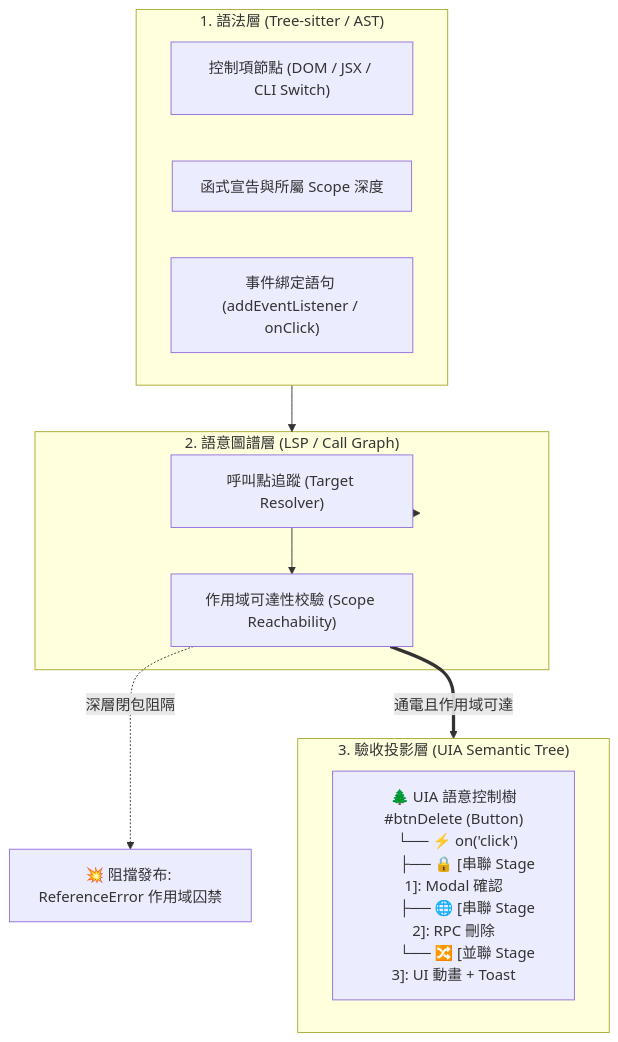
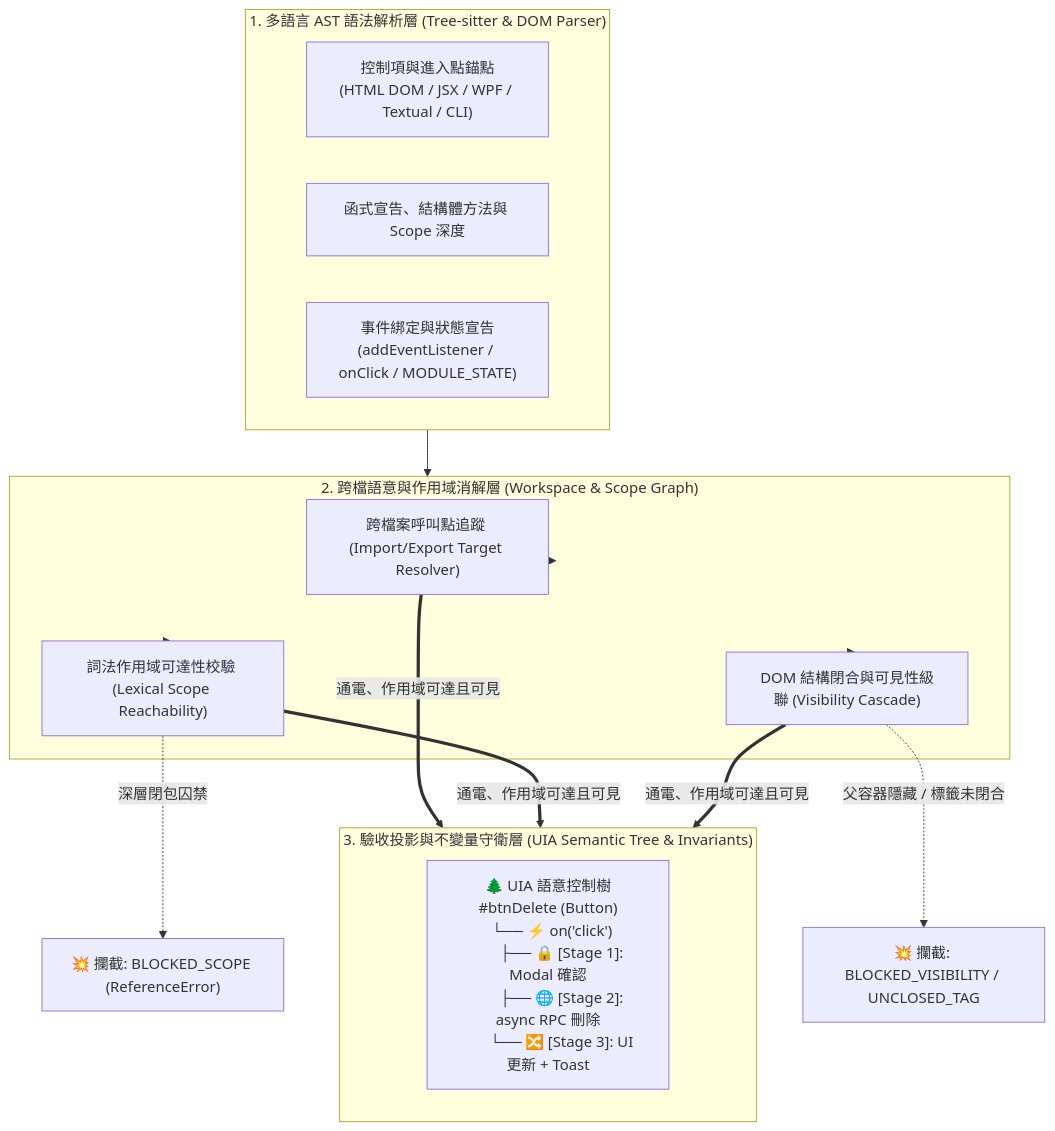
One commit to arco651749/CODE-Map changed the first of 3 diagrams in README.md. Above: the diagram before and after it, drawn with Mermaid. The commit also changed other lines of this file, not shown here.

Commit message:
docs(readme): restructure README into 6 cohesive chapters, eliminate historical redundancy, and sync full architecture

````diff
--- a/README.md
+++ b/README.md
@@ -24,23 +29,24 @@
 ```mermaid
 flowchart TD
-    subgraph S1["1. 語法層 (Tree-sitter / AST)"]
-        A_Ctrl["控制項節點 (DOM / JSX / CLI Switch)"]
-        A_Func["函式宣告與所屬 Scope 深度"]
-        A_Wire["事件綁定語句 (addEventListener / onClick)"]
+    subgraph S1["1. 多語言 AST 語法解析層 (Tree-sitter & DOM Parser)"]
+        A_Ctrl["控制項與進入點錨點<br/>(HTML DOM / JSX / WPF / Textual / CLI)"]
+        A_Func["函式宣告、結構體方法與 Scope 深度"]
+        A_Wire["事件綁定與狀態宣告<br/>(addEventListener / onClick / MODULE_STATE)"]
     end
 
-    subgraph S2["2. 語意圖譜層 (LSP / Call Graph)"]
-        CG_Trace["呼叫點追蹤 (Target Resolver)"]
-        CG_Scope["作用域可達性校驗 (Scope Reachability)"]
+    subgraph S2["2. 跨檔語意與作用域消解層 (Workspace & Scope Graph)"]
+        CG_Trace["跨檔案呼叫點追蹤 (Import/Export Target Resolver)"]
+        CG_Scope["詞法作用域可達性校驗 (Lexical Scope Reachability)"]
+        CG_Vis["DOM 結構閉合與可見性級聯 (Visibility Cascade)"]
     end
 
-    subgraph S3["3. 驗收投影層 (UIA Semantic Tree)"]
-        UIA["🌲 UIA 語意控制樹<br/>#btnDelete (Button)<br/>  └── ⚡ on('click')<br/>        ├── 🔒 [串聯 Stage 1]: Modal 確認<br/>        ├── 🌐 [串聯 Stage 2]: RPC 刪除<br/>        └── 🔀 [並聯 Stage 3]: UI 動畫 + Toast"]
+    subgraph S3["3. 驗收投影與不變量守衛層 (UIA Semantic Tree & Invariants)"]
+        UIA["🌲 UIA 語意控制樹<br/>#btnDelete (Button)<br/>  └── ⚡ on('click')<br/>        ├── 🔒 [Stage 1]: Modal 確認<br/>        ├── 🌐 [Stage 2]: async RPC 刪除<br/>        └── 🔀 [Stage 3]: UI 更新 + Toast"]
     end
 
     S1 --> S2
-    S2 --> CG_Trace
-    CG_Trace --> CG_Scope
-    CG_Scope ==>|"通電且作用域可達"| S3
-    CG_Scope -.->|"深層閉包阻隔"| Err["💥 阻擋發布: ReferenceError 作用域囚禁"]
+    S2 --> CG_Trace & CG_Scope & CG_Vis
+    CG_Trace & CG_Scope & CG_Vis ==>|"通電、作用域可達且可見"| S3
+    CG_Scope -.->|"深層閉包囚禁"| Err1["💥 攔截: BLOCKED_SCOPE (ReferenceError)"]
+    CG_Vis -.->|"父容器隱藏 / 標籤未閉合"| Err2["💥 攔截: BLOCKED_VISIBILITY / UNCLOSED_TAG"]
 ```
````
